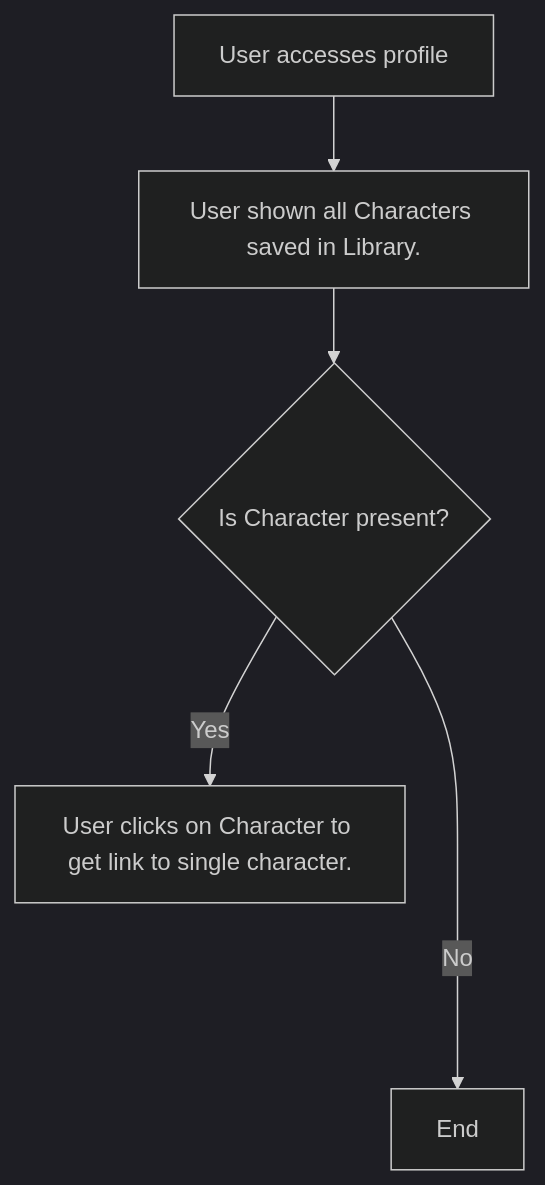
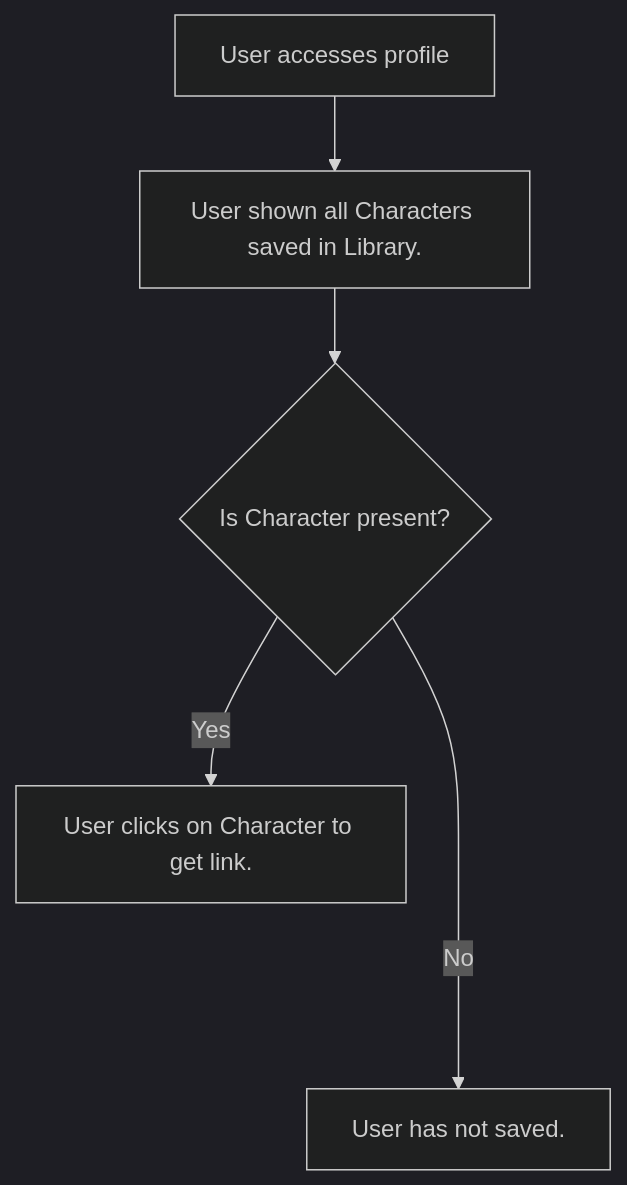
One commit to Wren00/create-an-orc changed the fifth of 5 diagrams in README.md. Above: the diagram before and after it, drawn with Mermaid (dark theme).

````diff
--- a/README.md
+++ b/README.md
@@ -589,6 +589,6 @@
 ```mermaid
 flowchart TD
 	A[User accesses profile] --> B[User shown all Characters saved in Library.] --> C{Is Character present?}
-	C -- Yes --> D[User clicks on Character to get link to single character.]
-	C -- No ----> E[End] 
+	C -- Yes --> D[User clicks on Character to get link.]
+	C -- No ----> E[User has not saved.] 
 ```
````
